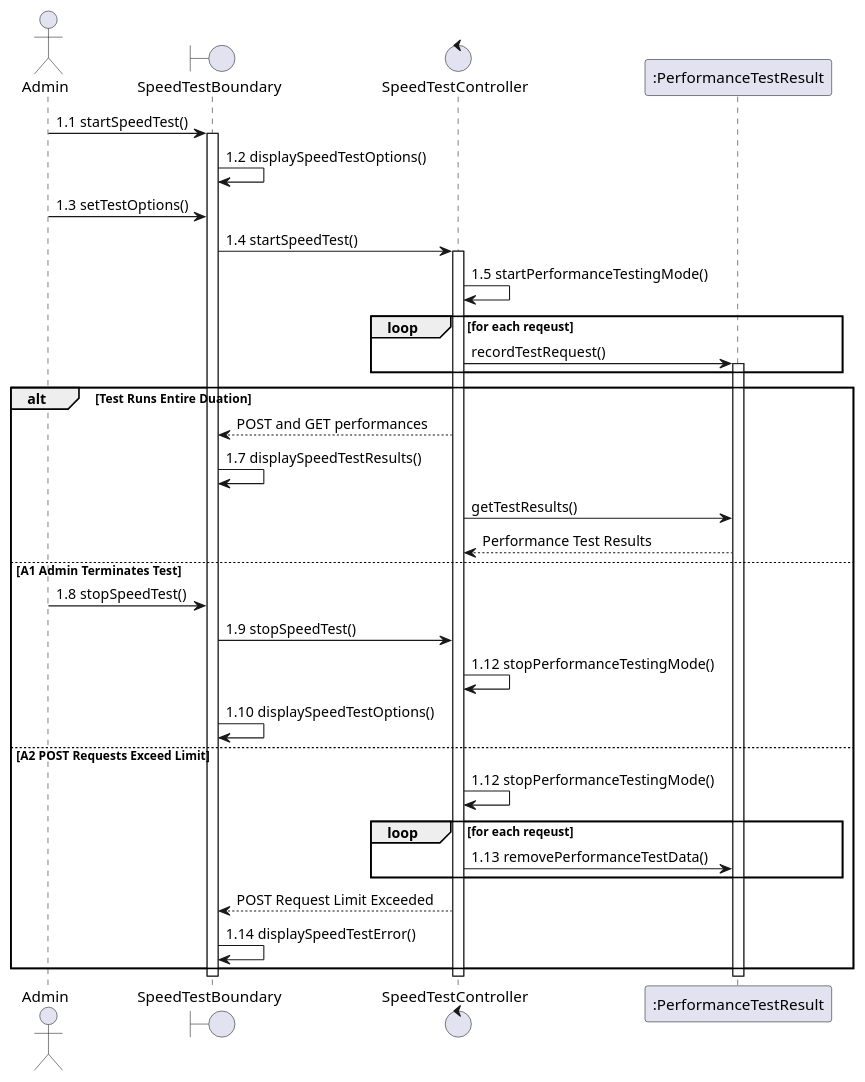
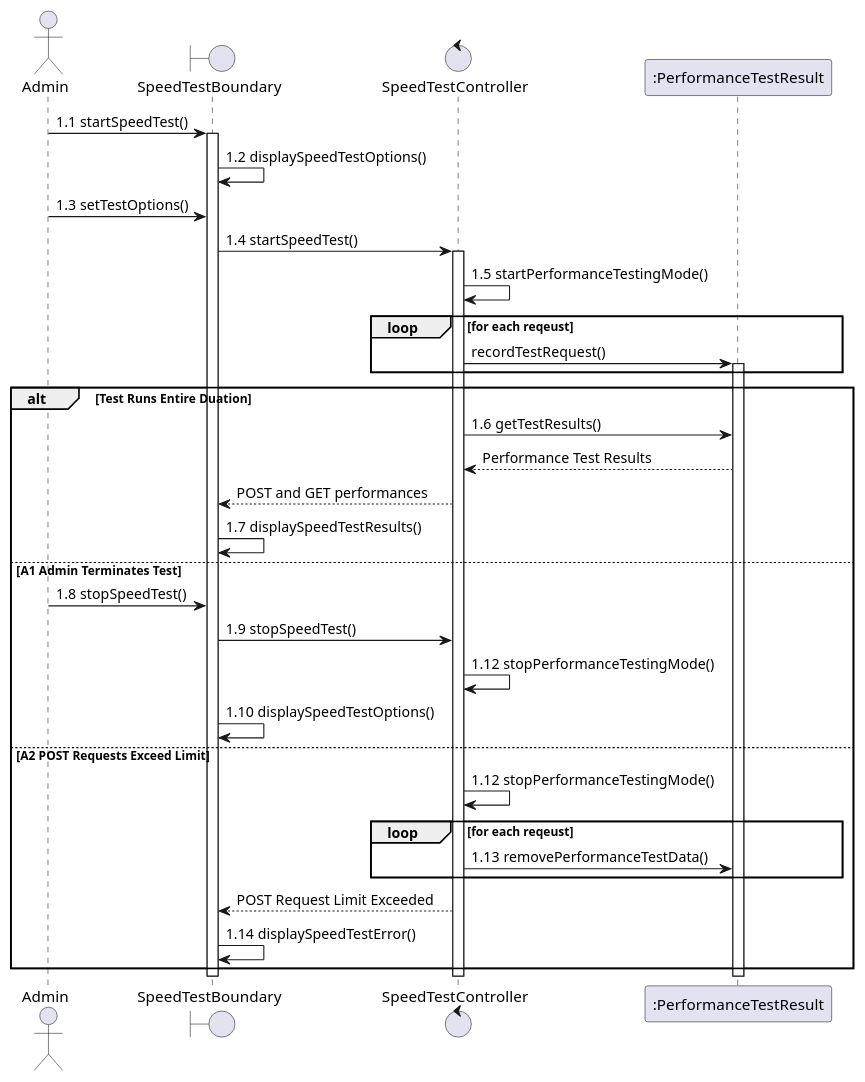
The diagram in docs/ooa/esn-speedtest/sequence.puml (Lorilandly/ESN), drawn with PlantUML before and after one commit.

Commit message:
Fixed sequence alt Test Runs Entire Duration

```diff
--- a/docs/ooa/esn-speedtest/sequence.puml
+++ b/docs/ooa/esn-speedtest/sequence.puml
@@ -1,46 +1,46 @@
 @startuml
 
 actor Admin as a
 boundary SpeedTestBoundary as stb
 control SpeedTestController as stc
 participant ":PerformanceTestResult" as ptr
 
 a -> stb : 1.1 startSpeedTest()
 activate stb
 stb -> stb: 1.2 displaySpeedTestOptions()
 a -> stb: 1.3 setTestOptions()
 stb -> stc : 1.4 startSpeedTest()
 activate stc
 stc -> stc: 1.5 startPerformanceTestingMode()
 loop for each reqeust
 stc -> ptr: recordTestRequest()
 activate ptr
 end loop
 ' stc -> stc: 1.6 recordTestRequests()
 
 alt Test Runs Entire Duation
+stc -> ptr: 1.6 getTestResults()
+ptr --> stc: Performance Test Results
 stc --> stb: POST and GET performances
 stb -> stb: 1.7 displaySpeedTestResults()
-stc -> ptr: getTestResults()
-ptr --> stc: Performance Test Results
 else A1 Admin Terminates Test
 a -> stb: 1.8 stopSpeedTest()
 stb -> stc: 1.9 stopSpeedTest()
 stc -> stc: 1.12 stopPerformanceTestingMode()
 stb -> stb: 1.10 displaySpeedTestOptions()
 else A2 POST Requests Exceed Limit
 stc -> stc: 1.12 stopPerformanceTestingMode()
 loop for each reqeust
 stc -> ptr: 1.13 removePerformanceTestData()
 end loop
 stc --> stb: POST Request Limit Exceeded
 stb -> stb: 1.14 displaySpeedTestError()
 end
 
 
 
 deactivate ptr
 deactivate stc
 deactivate stb
 
 @enduml
```
